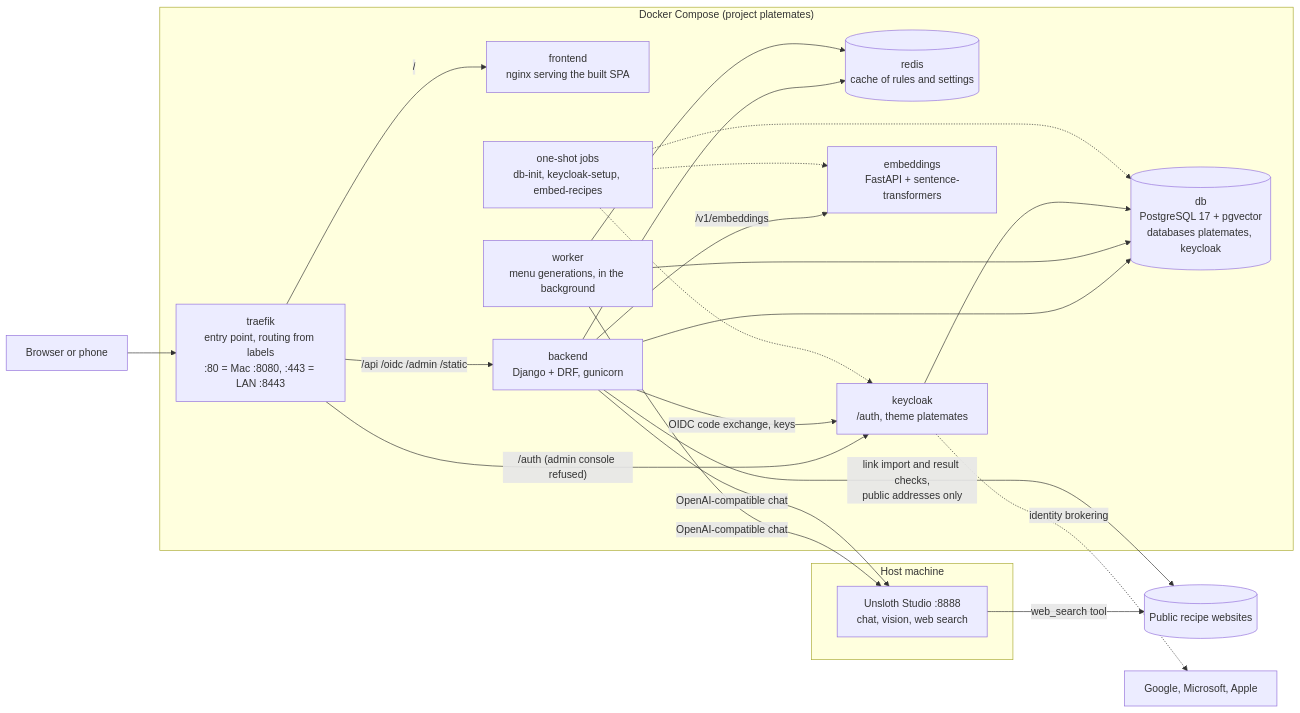
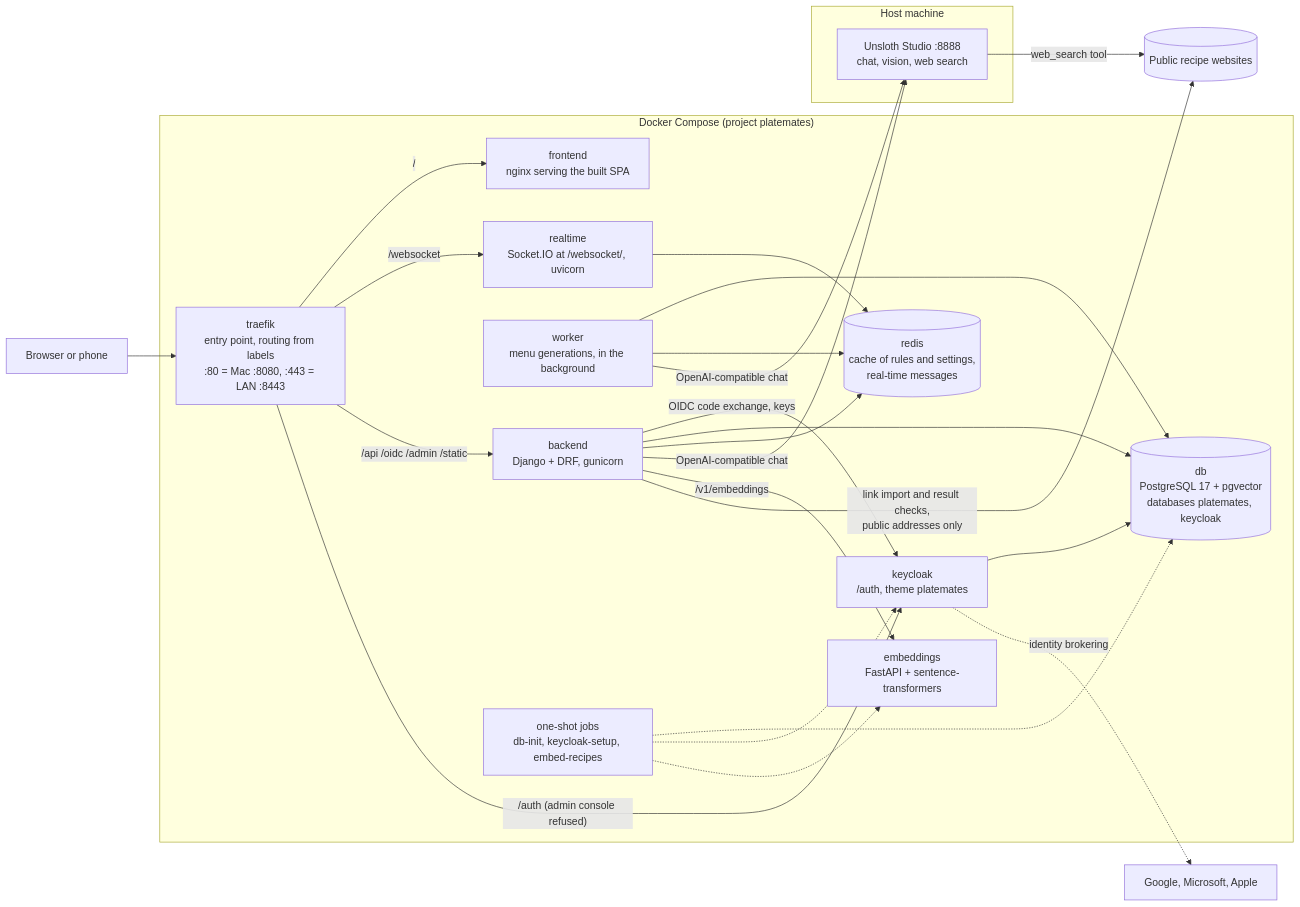
Before and after one commit to PaoloneM/platemates: the first of 3 diagrams in docs/architecture.md, drawn with Mermaid. The commit also changed other lines of this file and 33 other files, not shown here.

````diff
--- a/docs/architecture.md
+++ b/docs/architecture.md
@@ -8,43 +8,46 @@
 ```mermaid
 flowchart LR
     user["Browser or phone"]
 
     subgraph compose["Docker Compose (project platemates)"]
         traefik["traefik<br/>entry point, routing from labels<br/>:80 = Mac :8080, :443 = LAN :8443"]
         spa["frontend<br/>nginx serving the built SPA"]
         backend["backend<br/>Django + DRF, gunicorn"]
         worker["worker<br/>menu generations, in the background"]
-        redis[("redis<br/>cache of rules and settings")]
+        redis[("redis<br/>cache of rules and settings,<br/>real-time messages")]
+        realtime["realtime<br/>Socket.IO at /websocket/, uvicorn"]
         keycloak["keycloak<br/>/auth, theme platemates"]
         db[("db<br/>PostgreSQL 17 + pgvector<br/>databases platemates, keycloak")]
         embeddings["embeddings<br/>FastAPI + sentence-transformers"]
         jobs["one-shot jobs<br/>db-init, keycloak-setup, embed-recipes"]
     end
 
     subgraph host["Host machine"]
         studio["Unsloth Studio :8888<br/>chat, vision, web search"]
     end
 
     web[("Public recipe websites")]
     idp["Google, Microsoft, Apple"]
 
     user --> traefik
     traefik -- "/" --> spa
+    traefik -- "/websocket" --> realtime
+    realtime --> redis
     traefik -- "/api /oidc /admin /static" --> backend
     traefik -- "/auth (admin console refused)" --> keycloak
     backend -- "OIDC code exchange, keys" --> keycloak
     backend --> db
     worker --> db
     backend --> redis
     worker --> redis
     worker -- "OpenAI-compatible chat" --> studio
     keycloak --> db
     backend -- "OpenAI-compatible chat" --> studio
     backend -- "/v1/embeddings" --> embeddings
     backend -- "link import and result checks,<br/>public addresses only" --> web
     studio -- "web_search tool" --> web
     keycloak -. "identity brokering" .-> idp
     jobs -.-> db
     jobs -.-> keycloak
     jobs -.-> embeddings
 ```
````
